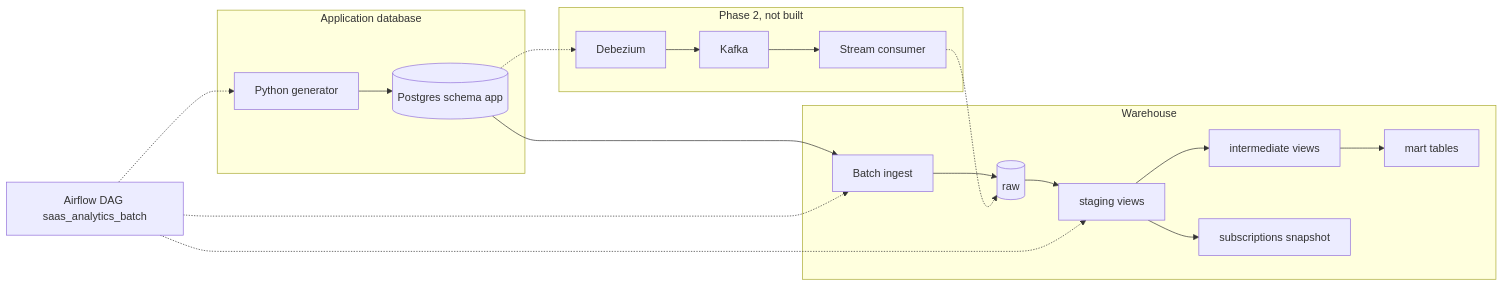
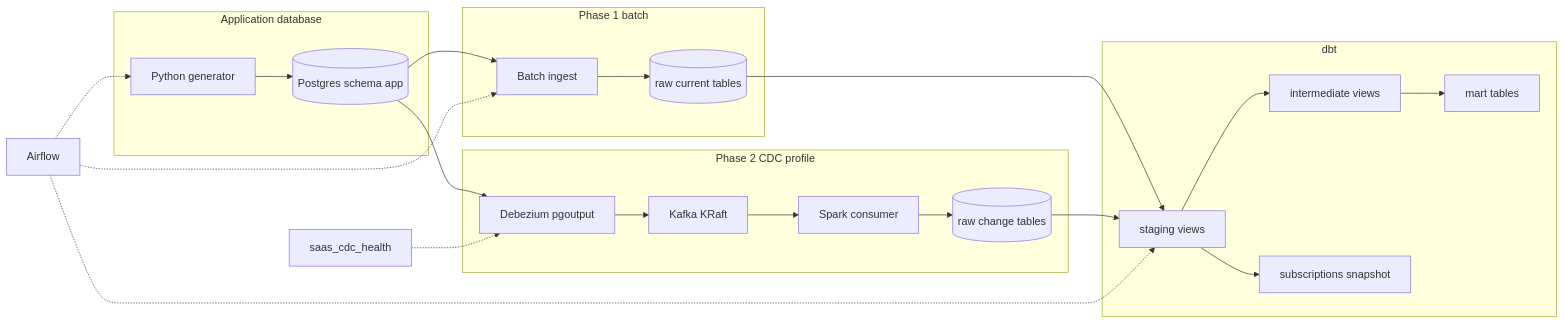
The diagram in README.md (sauravanand542/saas-realtime-analytics), drawn with Mermaid before and after one commit. The commit also changed other lines of this file and 3 other files, not shown here.

First line of the commit message:
docs: explain the CDC profile and the failure demos

````diff
--- a/README.md
+++ b/README.md
@@ -15,31 +15,40 @@
 ```mermaid
 flowchart LR
   subgraph appdb [Application database]
     Gen[Python generator]
     PG[(Postgres schema app)]
     Gen --> PG
   end
 
-  subgraph warehouse [Warehouse]
+  subgraph batch [Phase 1 batch]
     Ingest[Batch ingest]
-    Raw[(raw)]
+    Raw[(raw current tables)]
+    PG --> Ingest --> Raw
+  end
+
+  subgraph cdc [Phase 2 CDC profile]
+    Deb[Debezium pgoutput]
+    Kafka[Kafka KRaft]
+    Consumer[Spark consumer]
+    CdcRaw[(raw change tables)]
+    PG --> Deb --> Kafka --> Consumer --> CdcRaw
+  end
+
+  subgraph warehouse [dbt]
     Stg[staging views]
     Int[intermediate views]
     Marts[mart tables]
     Snap[subscriptions snapshot]
-    PG --> Ingest --> Raw --> Stg --> Int --> Marts
+    Raw --> Stg
+    CdcRaw --> Stg
+    Stg --> Int --> Marts
     Stg --> Snap
   end
 
-  Airflow[Airflow DAG saas_analytics_batch]
+  Airflow[Airflow]
   Airflow -.-> Gen
   Airflow -.-> Ingest
   Airflow -.-> Stg
-
-  subgraph phase2 [Phase 2, not built]
-    CDC[Debezium]
-    Kafka[Kafka]
-    Consumer[Stream consumer]
-    PG -.-> CDC --> Kafka --> Consumer -.-> Raw
-  end
+  Health[saas_cdc_health]
+  Health -.-> Deb
 ```
````
